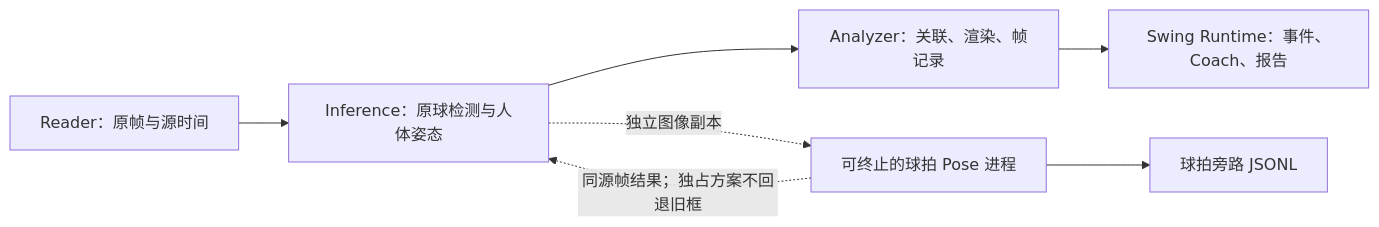
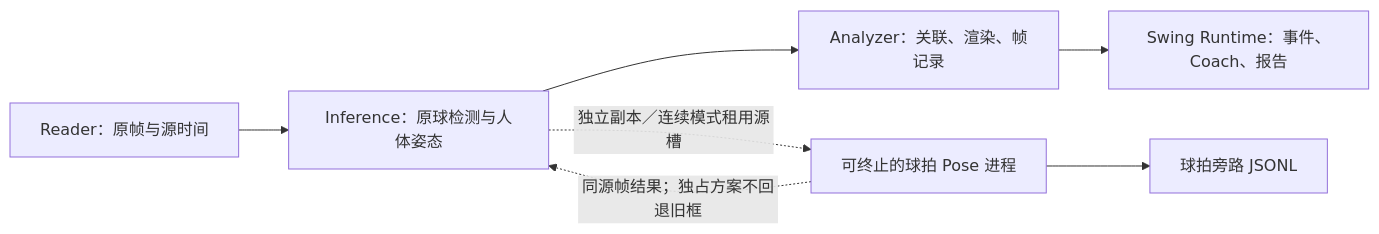
The diagram in docs/YOLO26_RACKET_POSE_INTEGRATION_GUIDE.md (krumm2012/hehaa-pose), drawn with Mermaid before and after one commit. The commit also changed other lines of this file and 18 other files, not shown here.

````diff
--- a/docs/YOLO26_RACKET_POSE_INTEGRATION_GUIDE.md
+++ b/docs/YOLO26_RACKET_POSE_INTEGRATION_GUIDE.md
@@ -9,9 +9,9 @@
 ```mermaid
 flowchart LR
     R[Reader：原帧与源时间] --> I[Inference：原球检测与人体姿态]
     I --> A[Analyzer：关联、渲染、帧记录]
     A --> S[Swing Runtime：事件、Coach、报告]
-    I -.独立图像副本.-> P[可终止的球拍 Pose 进程]
+    I -.独立副本／连续模式租用源槽.-> P[可终止的球拍 Pose 进程]
     P -.同源帧结果；独占方案不回退旧框.-> I
     P --> J[球拍旁路 JSONL]
 ```
````
